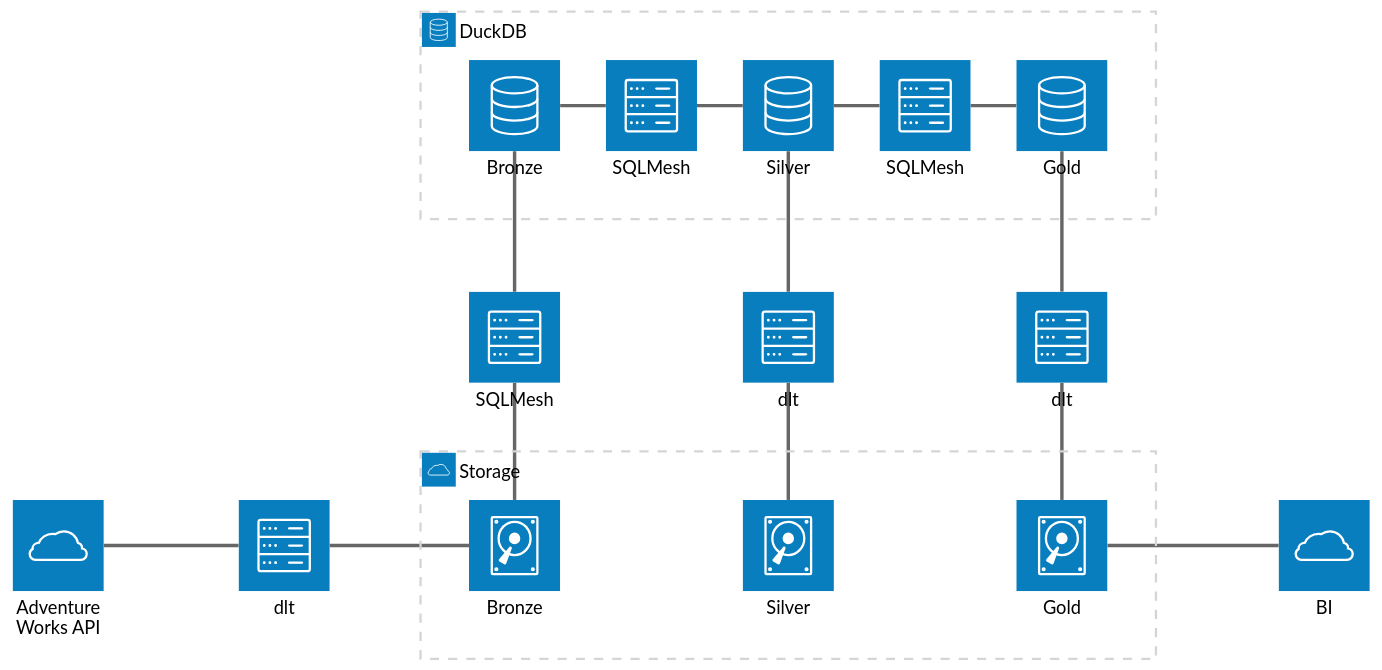
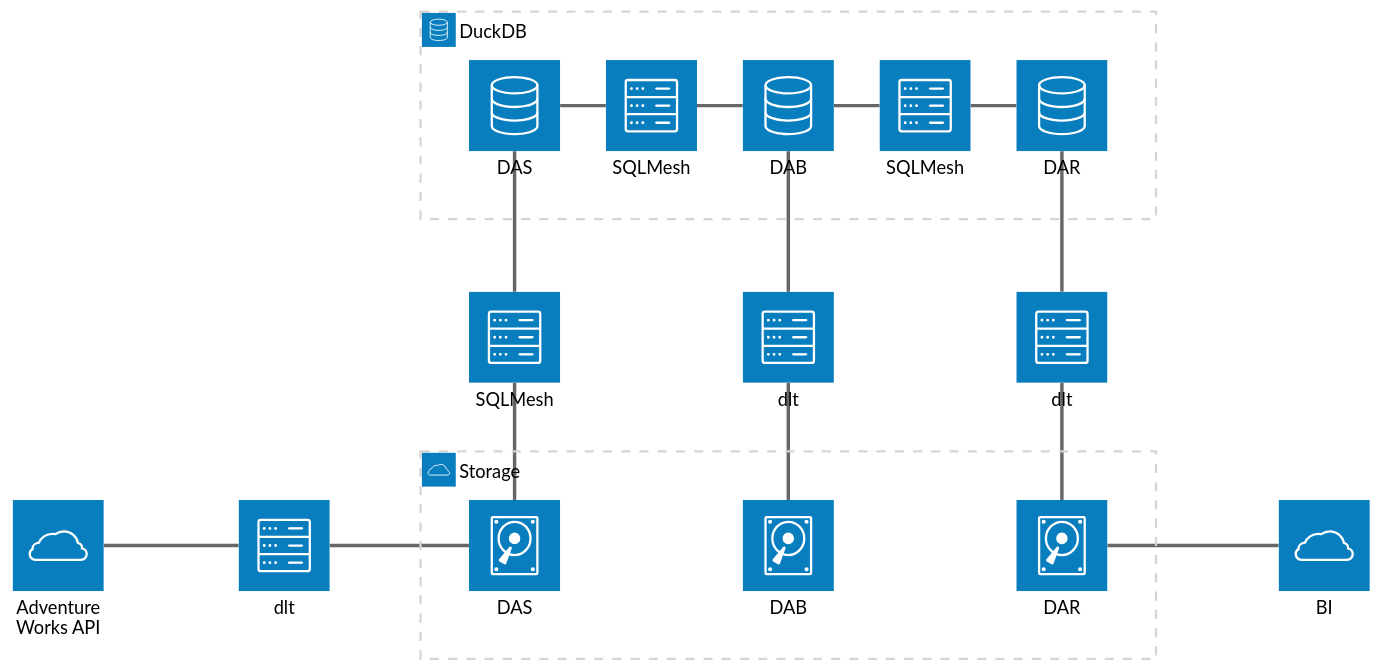
The first of 3 diagrams in README.md (mattiasthalen/adventure-works), drawn with Mermaid (neutral theme) before and after one commit.

Commit message:
Align architecture graph to ADSS

````diff
--- a/README.md
+++ b/README.md
@@ -17,35 +17,35 @@
 ```mermaid
 architecture-beta
     service api(cloud)[Adventure Works API]
     service extract(server)[dlt]
     service load(server)[SQLMesh]
-    service export_silver(server)[dlt]
-    service export_gold(server)[dlt]
+    service export_dab(server)[dlt]
+    service export_dar(server)[dlt]
     service consumption(cloud)[BI]
 
     group storage(cloud)[Storage]
-        service bronze(disk)[Bronze] in storage
-        service silver(disk)[Silver] in storage
-        service gold(disk)[Gold] in storage
+        service das(disk)[DAS] in storage
+        service dab(disk)[DAB] in storage
+        service dar(disk)[DAR] in storage
 
     group engine(database)[DuckDB]
-        service bronze_view(database)[Bronze] in engine
+        service das_view(database)[DAS] in engine
         service l1_transform(server)[SQLMesh] in engine
-        service silver_view(database)[Silver] in engine
+        service dab_view(database)[DAB] in engine
         service l2_transform(server)[SQLMesh] in engine
-        service gold_view(database)[Gold] in engine
+        service dar_view(database)[DAR] in engine
 
     api:R -- L:extract
-    extract:R -- L:bronze
-    bronze:T -- B:load
-    load:T -- B:bronze_view
-    bronze_view:R -- L:l1_transform
-    l1_transform:R -- L:silver_view
-    silver_view:R -- L:l2_transform
-    l2_transform:R -- L:gold_view
-    silver_view:B -- T:export_silver
-    export_silver:B -- T:silver
-    gold_view:B -- T:export_gold
-    export_gold:B -- T:gold
-    gold:R -- L:consumption
+    extract:R -- L:das
+    das:T -- B:load
+    load:T -- B:das_view
+    das_view:R -- L:l1_transform
+    l1_transform:R -- L:dab_view
+    dab_view:R -- L:l2_transform
+    l2_transform:R -- L:dar_view
+    dab_view:B -- T:export_dab
+    export_dab:B -- T:dab
+    dar_view:B -- T:export_dar
+    export_dar:B -- T:dar
+    dar:R -- L:consumption
 ```
````
